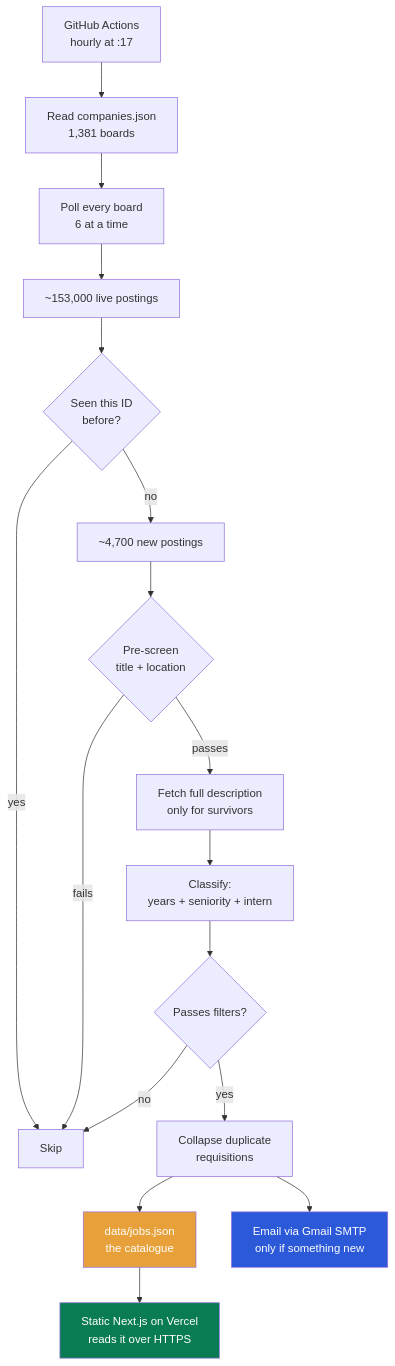
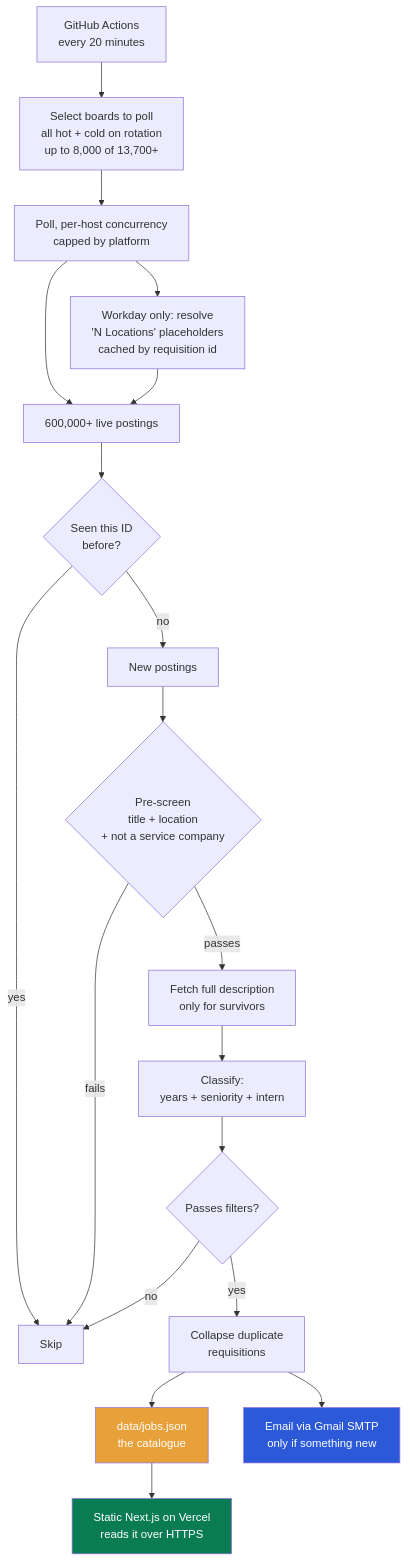
The first of 4 diagrams in ARCHITECTURE.md (smresponsibilities/jobscraper_hourly), drawn with Mermaid before and after one commit. The commit also changed other lines of this file and 3 other files, not shown here.

````diff
--- a/ARCHITECTURE.md
+++ b/ARCHITECTURE.md
@@ -27,28 +34,30 @@
 ```mermaid
 flowchart TD
-    A["GitHub Actions<br/>hourly at :17"] --> B["Read companies.json<br/>1,381 boards"]
-    B --> C["Poll every board<br/>6 at a time"]
-    C --> D["~153,000 live postings"]
+    A["GitHub Actions<br/>every 20 minutes"] --> B["Select boards to poll<br/>all hot + cold on rotation<br/>up to 8,000 of 13,700+"]
+    B --> C["Poll, per-host concurrency<br/>capped by platform"]
+    C --> D["600,000+ live postings"]
+    C --> D2["Workday only: resolve<br/>'N Locations' placeholders<br/>cached by requisition id"]
+    D2 --> D
 
     D --> E{"Seen this ID<br/>before?"}
     E -->|yes| F["Skip"]
-    E -->|no| G["~4,700 new postings"]
+    E -->|no| G["New postings"]
 
-    G --> H{"Pre-screen<br/>title + location"}
+    G --> H{"Pre-screen<br/>title + location<br/>+ not a service company"}
     H -->|fails| F
     H -->|passes| I["Fetch full description<br/>only for survivors"]
 
     I --> J["Classify:<br/>years + seniority + intern"]
     J --> K{"Passes filters?"}
     K -->|no| F
     K -->|yes| L["Collapse duplicate<br/>requisitions"]
 
     L --> M["data/jobs.json<br/>the catalogue"]
     L --> N["Email via Gmail SMTP<br/>only if something new"]
 
     M --> O["Static Next.js on Vercel<br/>reads it over HTTPS"]
 
     style N fill:#2b59d8,color:#fff
     style O fill:#0a7c53,color:#fff
     style M fill:#e8a13a,color:#fff
 ```
````
